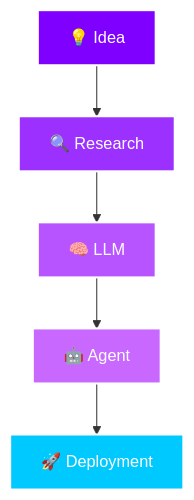
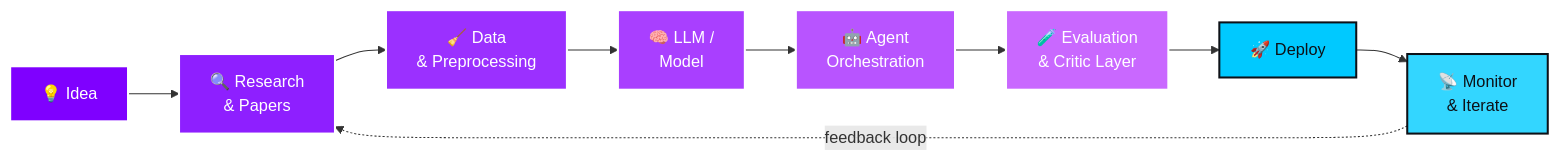
Before and after one commit to anmoldhiman17/anmoldhiman17: the diagram in README.md, drawn with Mermaid. The commit also changed other lines of this file, not shown here.

````diff
--- a/README.md
+++ b/README.md
@@ -260,13 +592,20 @@
 ```mermaid
-graph TD
-    A["💡 Idea"] --> B["🔍 Research"]
-    B --> C["🧠 LLM"]
-    C --> D["🤖 Agent"]
-    D --> E["🚀 Deployment"]
+graph LR
+    A["💡 Idea"] --> B["🔍 Research\n& Papers"]
+    B --> C["🧹 Data\n& Preprocessing"]
+    C --> D["🧠 LLM /\nModel"]
+    D --> E["🤖 Agent\nOrchestration"]
+    E --> F["🧪 Evaluation\n& Critic Layer"]
+    F --> G["🚀 Deploy"]
+    G --> H["📡 Monitor\n& Iterate"]
+    H -.->|feedback loop| B
 
     style A fill:#7F00FF,stroke:#ffffff,stroke-width:2px,color:#ffffff
-    style B fill:#9B30FF,stroke:#ffffff,stroke-width:2px,color:#ffffff
-    style C fill:#B854FF,stroke:#ffffff,stroke-width:2px,color:#ffffff
-    style D fill:#C968FF,stroke:#ffffff,stroke-width:2px,color:#ffffff
-    style E fill:#00C9FF,stroke:#ffffff,stroke-width:2px,color:#ffffff
+    style B fill:#8E1FFF,stroke:#ffffff,stroke-width:2px,color:#ffffff
+    style C fill:#9B30FF,stroke:#ffffff,stroke-width:2px,color:#ffffff
+    style D fill:#A93FFF,stroke:#ffffff,stroke-width:2px,color:#ffffff
+    style E fill:#B854FF,stroke:#ffffff,stroke-width:2px,color:#ffffff
+    style F fill:#C968FF,stroke:#ffffff,stroke-width:2px,color:#ffffff
+    style G fill:#00C9FF,stroke:#0D1117,stroke-width:2px,color:#0D1117
+    style H fill:#33D6FF,stroke:#0D1117,stroke-width:2px,color:#0D1117
 ```
````
